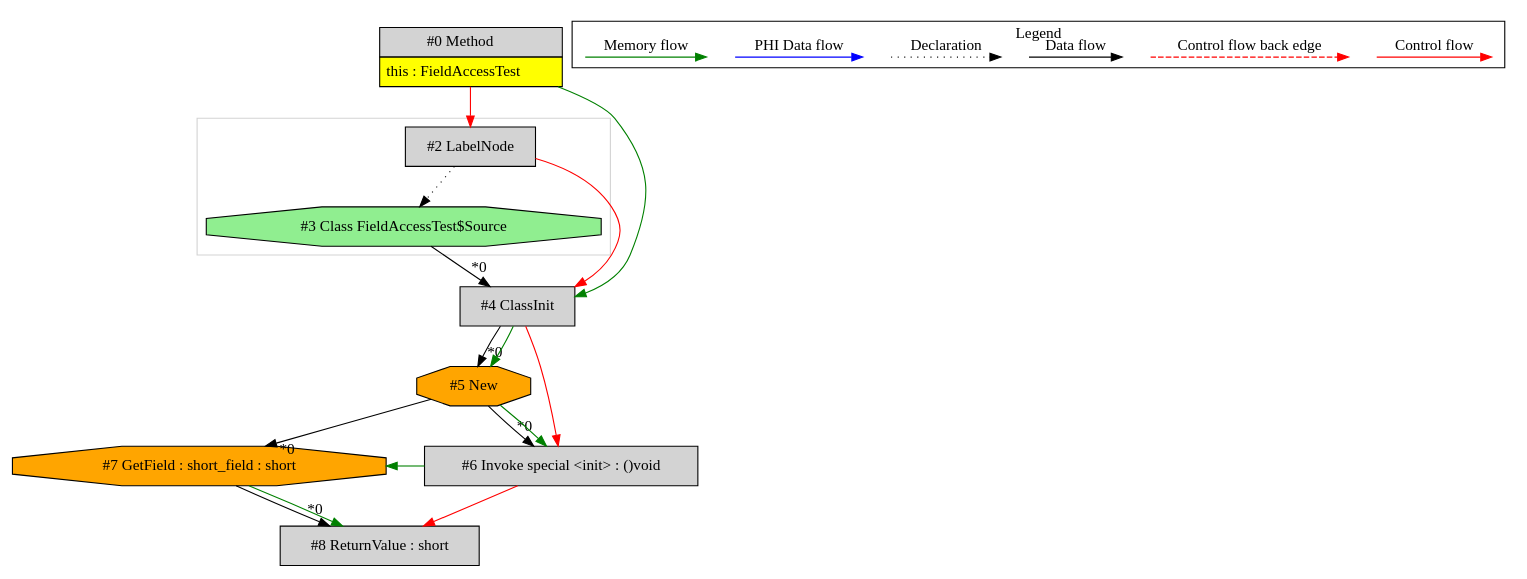
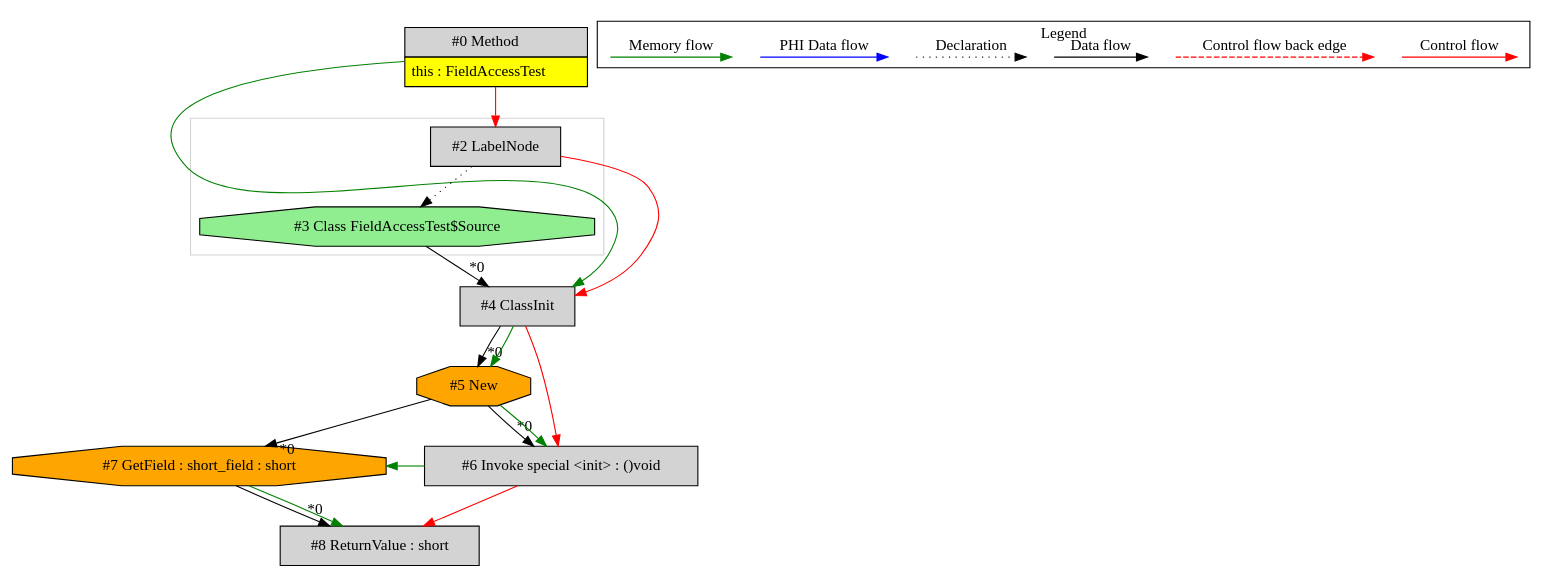
The diagram in de.mirkosertic.metair.ir.examples.FieldAccessTest/return_short/ir.dot (mirkosertic/MetaIR), drawn with Graphviz before and after one commit. The commit also changed other lines of this file and 508 other files, not shown here.

```diff
--- a/de.mirkosertic.metair.ir.examples.FieldAccessTest/return_short/ir.dot
+++ b/de.mirkosertic.metair.ir.examples.FieldAccessTest/return_short/ir.dot
@@ -1,57 +1,57 @@
 digraph {
  ordering="in";
  node0[margin="0", label=<<table border="0" cellborder="1" cellspacing="0" cellpadding="5"><tr><td colspan="1">#0 Method</td></tr><tr><td port="prj1" bgcolor="yellow">this : FieldAccessTest</td></tr></table>>,shape=none, fillcolor=lightgrey, style=filled];
+ node4[label="#4 ClassInit",shape=box, fillcolor=lightgrey, style=filled];
+ node3 -> node4[headlabel="*0", labeldistance=2];
+ node2 -> node4[labeldistance=2, color=red, fontcolor=red];
+ node0 -> node4[labeldistance=2, color=green, constraint=false];
  node2[label="#2 LabelNode",shape=box, fillcolor=lightgrey, style=filled];
  node0 -> node2[labeldistance=2, color=red, fontcolor=red];
  node3[label="#3 Class FieldAccessTest$Source",shape=octagon, fillcolor=lightgreen, style=filled];
  node2 -> node3[style=dotted];
- node4[label="#4 ClassInit",shape=box, fillcolor=lightgrey, style=filled];
- node3 -> node4[headlabel="*0", labeldistance=2];
- node2 -> node4[labeldistance=2, color=red, fontcolor=red];
- node0 -> node4[labeldistance=2, color=green, constraint=false];
  node5[label="#5 New",shape=octagon, fillcolor=orange, style=filled];
  node4 -> node5[headlabel="*0", labeldistance=2];
  node4 -> node5[labeldistance=2, color=green, constraint=false];
  node7[label="#7 GetField : short_field : short",shape=octagon, fillcolor=orange, style=filled];
  node5 -> node7[headlabel="*0", labeldistance=2];
  node6 -> node7[labeldistance=2, color=green, constraint=false];
  node6[label="#6 Invoke special <init> : ()void",shape=box, fillcolor=lightgrey, style=filled];
  node5 -> node6[headlabel="*0", labeldistance=2];
  node4 -> node6[labeldistance=2, color=red, fontcolor=red];
  node5 -> node6[labeldistance=2, color=green, constraint=false];
  node8[label="#8 ReturnValue : short",shape=box, fillcolor=lightgrey, style=filled];
  node7 -> node8[headlabel="*0", labeldistance=2];
  node6 -> node8[labeldistance=2, color=red, fontcolor=red];
  node7 -> node8[labeldistance=2, color=green, constraint=false];
  subgraph cluster_0 {
   color=lightgray;
   node2;
   node3;
  }
  subgraph cluster_000 {
   label = "Legend";
   node [shape=point]
   {
    rank=same;
    c0 [style = invis];
    c1 [style = invis];
    c2 [style = invis];
    c3 [style = invis];
    d0 [style = invis];
    d1 [style = invis];
    d2 [style = invis];
    d3 [style = invis];
    d4 [style = invis];
    d5 [style = invis];
    d6 [style = invis];
    d7 [style = invis];
   }
   c0 -> c1 [label="Control flow", style=solid, color=red]
   c2 -> c3 [label="Control flow back edge", style=dashed, color=red]
   d0 -> d1 [label="Data flow"]
   d2 -> d3 [label="Declaration", style=dotted]
   d4 -> d5 [label="PHI Data flow", color=blue]
   d6 -> d7 [label="Memory flow", color=green]
  }
 
 }
```
